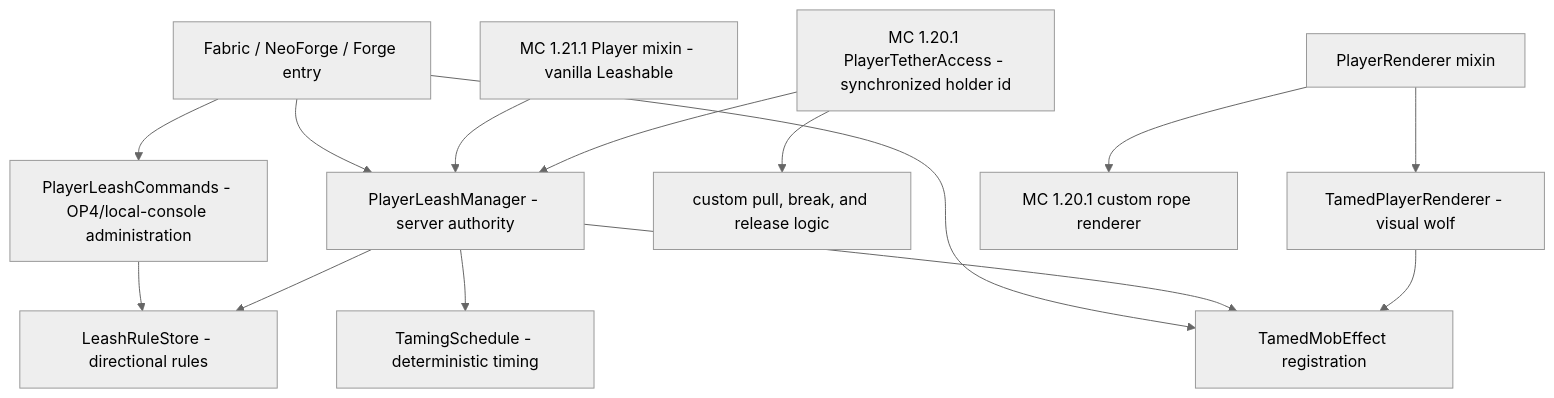
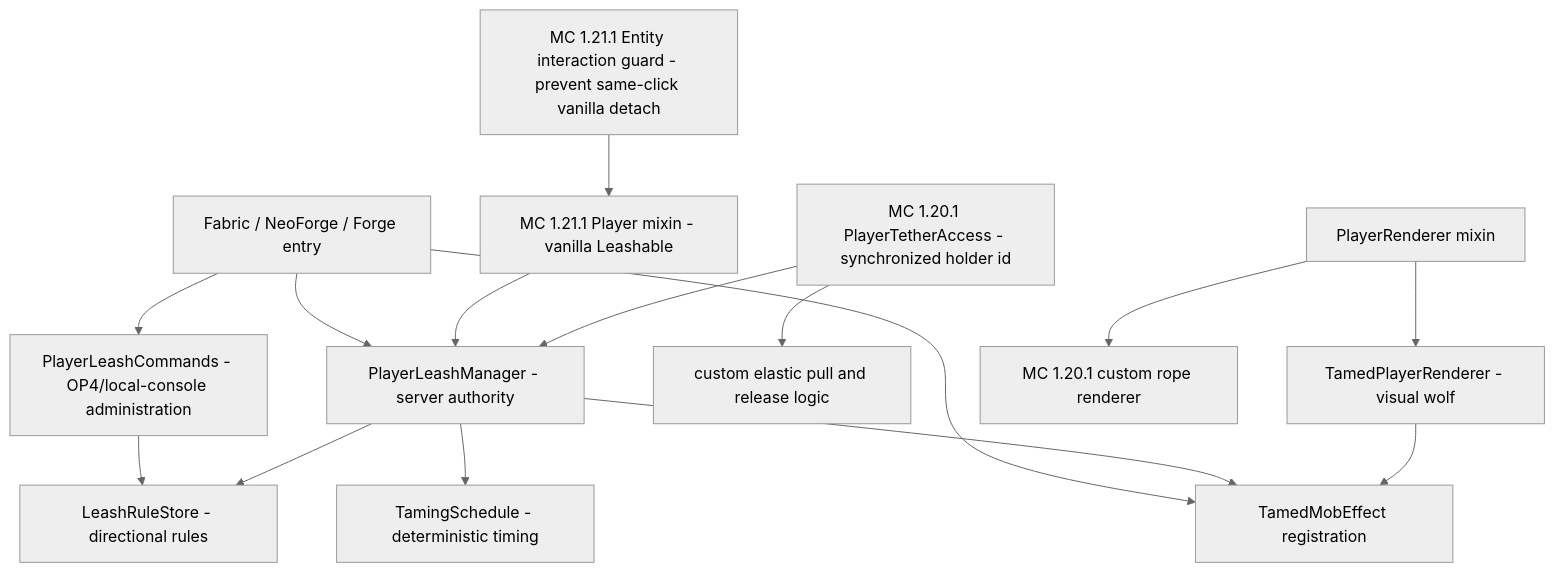
The second of 2 diagrams in docs/DEPENDENCIES_AND_ARCHITECTURE.md (EeryFrank/Players-Tether-Easter-Egg-Version), drawn with Mermaid (neutral theme) before and after one commit. The commit also changed other lines of this file and 16 other files, not shown here.

````diff
--- a/docs/DEPENDENCIES_AND_ARCHITECTURE.md
+++ b/docs/DEPENDENCIES_AND_ARCHITECTURE.md
@@ -43,19 +45,20 @@
 ```mermaid
 flowchart TD
     Entry["Fabric / NeoForge / Forge entry"] --> Manager["PlayerLeashManager - server authority"]
     Entry --> Commands["PlayerLeashCommands - OP4/local-console administration"]
     Entry --> Effect["TamedMobEffect registration"]
 
     Commands --> Rules["LeashRuleStore - directional rules"]
     Manager --> Rules
     Manager --> Schedule["TamingSchedule - deterministic timing"]
     Manager --> Effect
 
     MC121Mixin["MC 1.21.1 Player mixin - vanilla Leashable"] --> Manager
+    MC121Interact["MC 1.21.1 Entity interaction guard - prevent same-click vanilla detach"] --> MC121Mixin
     MC120Mixin["MC 1.20.1 PlayerTetherAccess - synchronized holder id"] --> Manager
-    MC120Mixin --> MC120Physics["custom pull, break, and release logic"]
+    MC120Mixin --> MC120Physics["custom elastic pull and release logic"]
 
     RenderMixin["PlayerRenderer mixin"] --> Wolf["TamedPlayerRenderer - visual wolf"]
     RenderMixin --> Rope120["MC 1.20.1 custom rope renderer"]
     Wolf --> Effect
 ```
````
